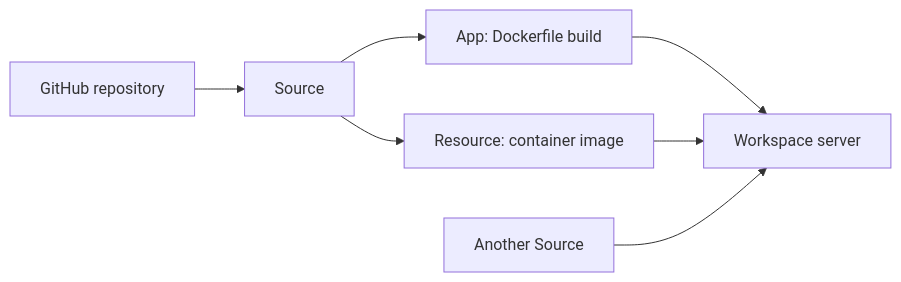
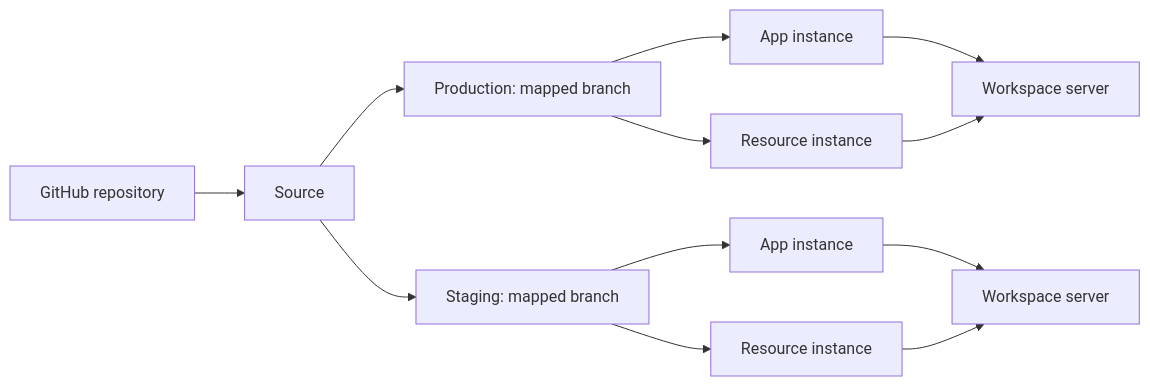
One commit to avgeek-inc/towbar changed the diagram in docs/docs/concepts.mdx. Above: the diagram before and after it, drawn with Mermaid. The commit also changed other lines of this file and 6 other files, not shown here.

````diff
--- a/docs/docs/concepts.mdx
+++ b/docs/docs/concepts.mdx
@@ -23,9 +25,14 @@
 ```mermaid
 flowchart LR
   Repository[GitHub repository] --> Source[Source]
-  Source --> App[App: Dockerfile build]
-  Source --> Resource[Resource: container image]
-  App --> Server[Workspace server]
-  Resource --> Server
-  Other[Another Source] --> Server
+  Source --> Production[Production: mapped branch]
+  Source --> Staging[Staging: mapped branch]
+  Production --> ProductionApp[App instance]
+  Production --> ProductionDB[Resource instance]
+  Staging --> StagingApp[App instance]
+  Staging --> StagingDB[Resource instance]
+  ProductionApp --> Server[Workspace server]
+  ProductionDB --> Server
+  StagingApp --> OtherServer[Workspace server]
+  StagingDB --> OtherServer
 ```
````
